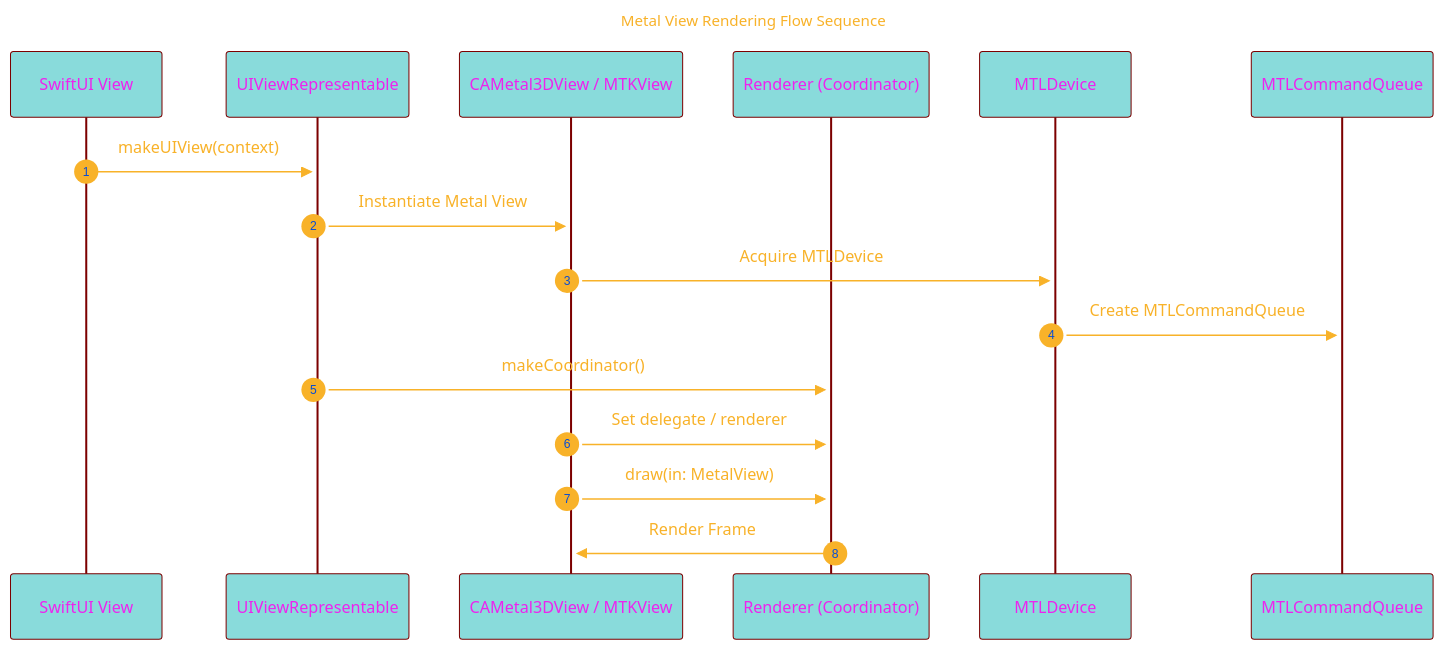
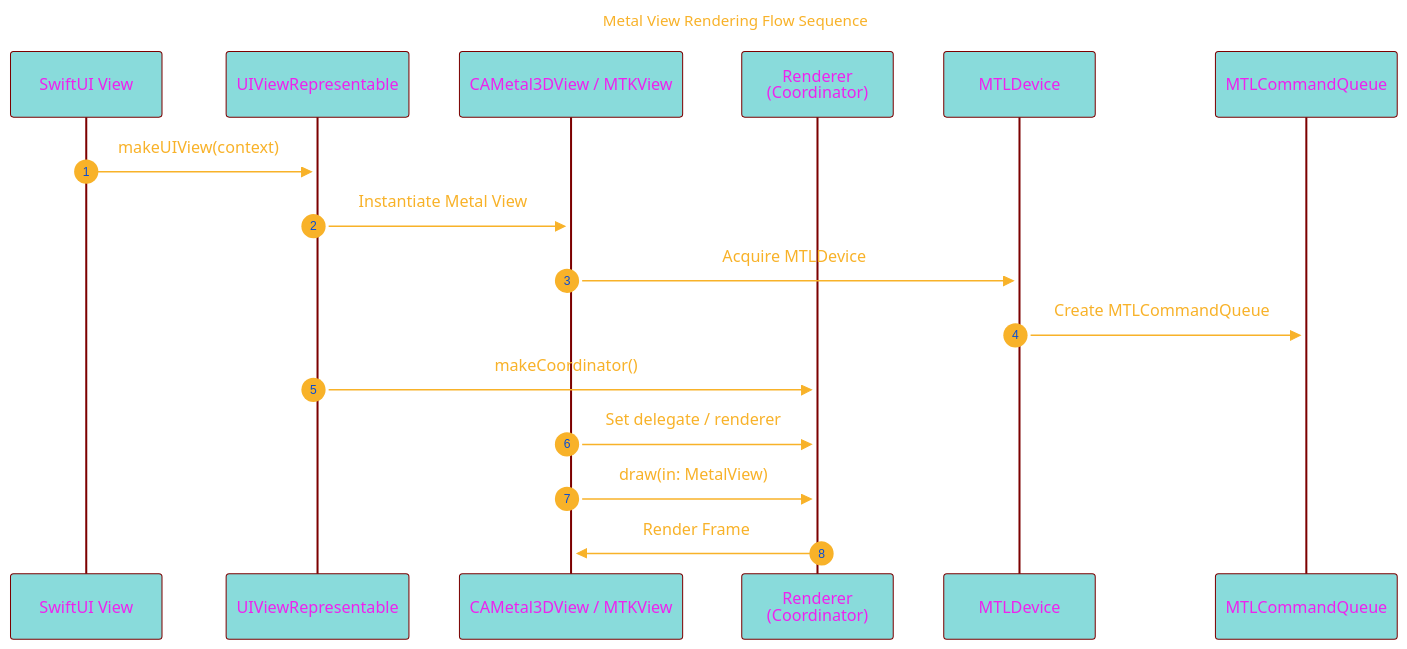
The sixth of 26 diagrams in DOCUMENTATIONS/Documentation.md (CongLeSolutionX/Metal-Primitives), drawn with Mermaid before and after one commit.

````diff
--- a/DOCUMENTATIONS/Documentation.md
+++ b/DOCUMENTATIONS/Documentation.md
@@ -440,48 +440,48 @@
 ```mermaid
 ---
 title: "Metal View Rendering Flow Sequence"
 author: "Cong Le"
 version: "0.1"
 license(s): "MIT, CC BY 4.0"
 copyright: "Copyright (c) 2025 Cong Le. All Rights Reserved."
 config:
   layout: elk
   theme: base
 ---
 %%%%%%%% Mermaid version v11.4.1-b.14
 %%{
   init: {
     'sequence': { 'mirrorActors': true, 'showSequenceNumbers': true, 'actorMargin': 50 },
     'fontFamily': 'Monaco',
     'themeVariables': {
       'primaryColor': '#2BB8',
       'primaryBorderColor': '#7C0000',
       'lineColor': '#F8B229',
       'secondaryColor': '#6122',
       'tertiaryColor': '#fff',
       'fontSize': '15px',
       'textColor': '#F8B229',
       'actorTextColor': '#E2E',
       'stroke':'#033',
       'stroke-width': '0.2px'
     }
   }
 }%%
 sequenceDiagram
     autonumber
     participant SwiftUI as SwiftUI View
     participant Representable as UIViewRepresentable
     participant MetalView as CAMetal3DView / MTKView
-    participant Renderer as Renderer (Coordinator)
+    participant Renderer as Renderer <br/>(Coordinator)
     participant Device as MTLDevice
     participant Queue as MTLCommandQueue
 
     SwiftUI->>+Representable: makeUIView(context)
     Representable->>+MetalView: Instantiate Metal View
     MetalView->>+Device: Acquire MTLDevice
     Device->>+Queue: Create MTLCommandQueue
     Representable->>+Renderer: makeCoordinator()
     MetalView->>Renderer: Set delegate / renderer
     MetalView->>Renderer: draw(in: MetalView)
     Renderer->>MetalView: Render Frame
 ```
````
